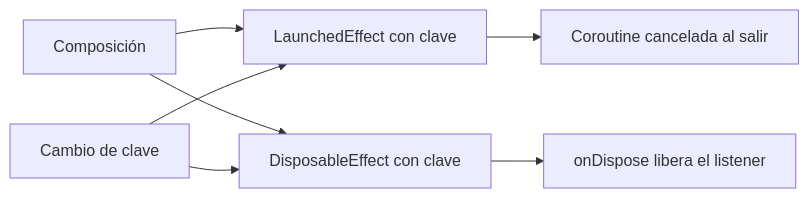
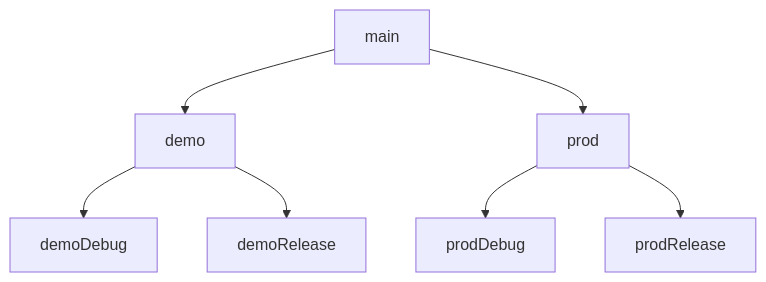
The third of 12 diagrams in web/public/content/android/modulo-17.md (NICORUIZ93/The_Imperial_Book), drawn with Mermaid before and after one commit. The commit also changed other lines of this file and 305 other files, not shown here.

````diff
--- a/web/public/content/android/modulo-17.md
+++ b/web/public/content/android/modulo-17.md
@@ -215,9 +97,9 @@
 ```mermaid
-flowchart LR
-    C[Composición] --> L[LaunchedEffect con clave]
-    C --> D[DisposableEffect con clave]
-    L --> X[Coroutine cancelada al salir]
-    D --> Y[onDispose libera el listener]
-    K[Cambio de clave] --> L
-    K --> D
+flowchart TD
+    M[main] --> D1[demo]
+    M --> P1[prod]
+    D1 --> DD[demoDebug]
+    D1 --> DR[demoRelease]
+    P1 --> PD[prodDebug]
+    P1 --> PR[prodRelease]
 ```
````
